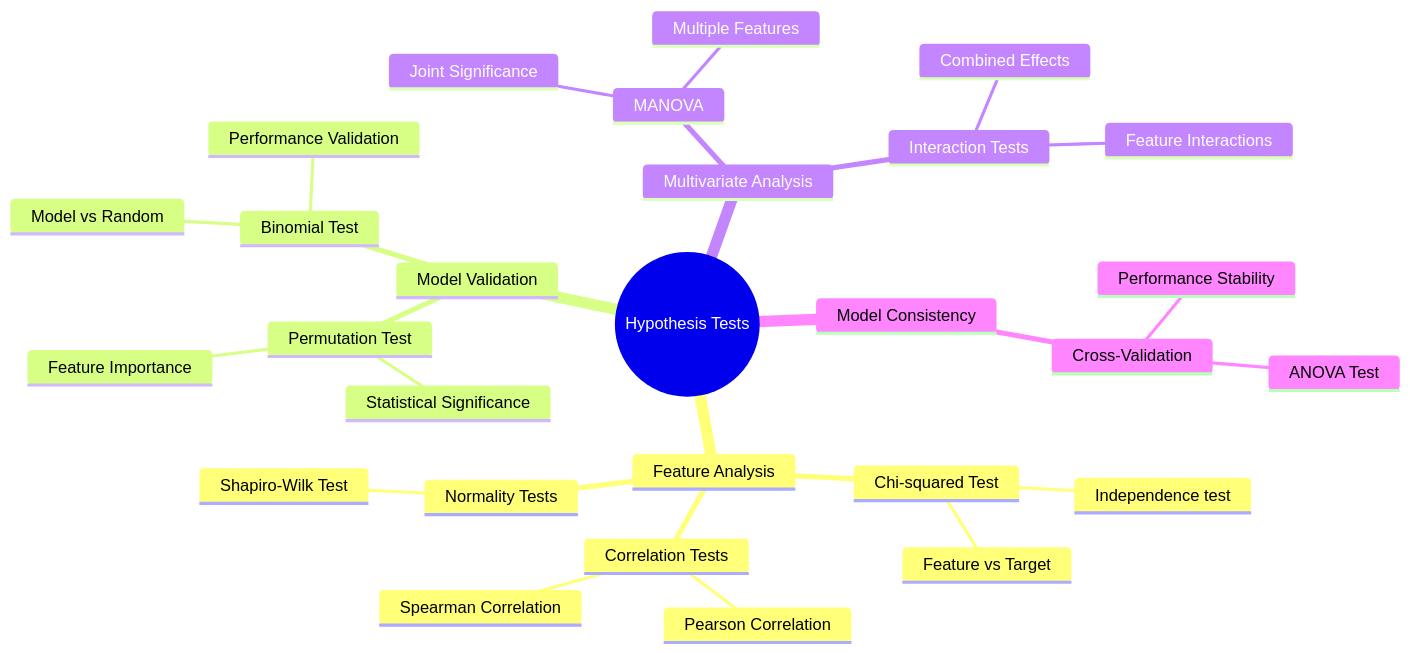
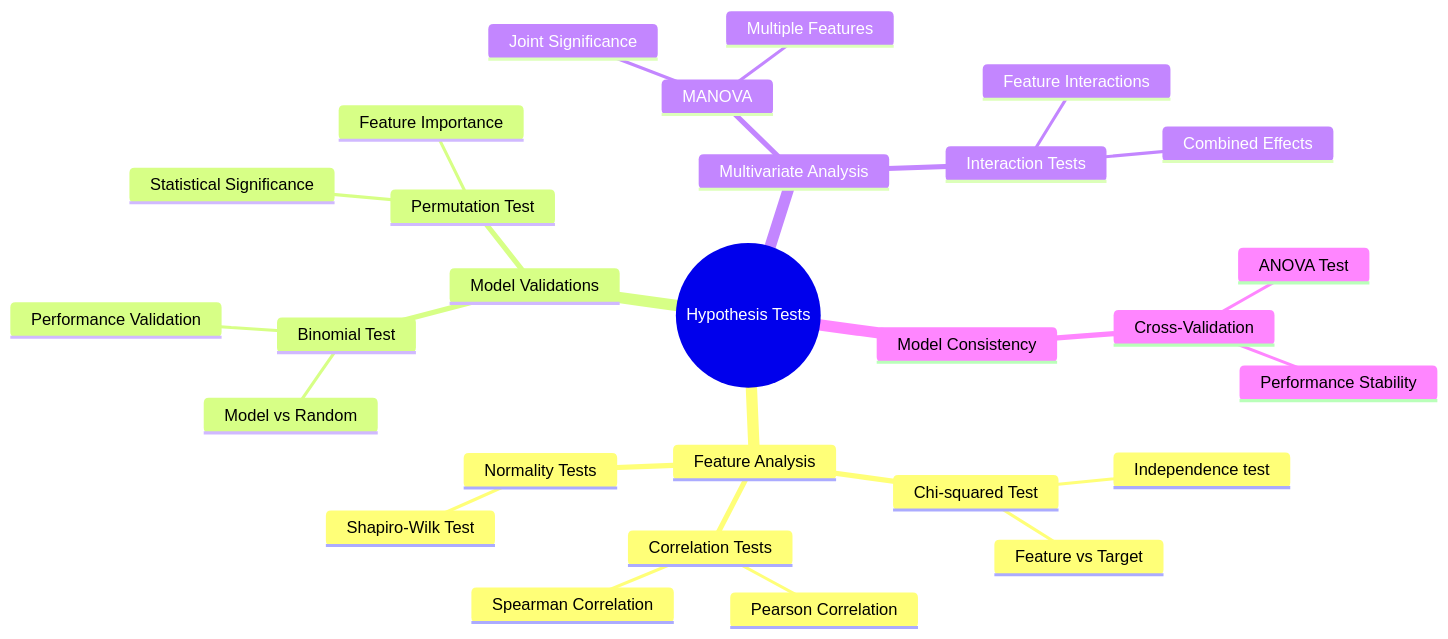
Before and after one commit to dhruvsh1997/Hypothesis-Testing-in-Machine-Learning: the second of 3 diagrams in README.MD, drawn with Mermaid.

````diff
--- a/README.MD
+++ b/README.MD
@@ -51,31 +51,31 @@
 ```mermaid
 mindmap
   root((Hypothesis Tests))
     Feature Analysis
       Chi-squared Test
         Independence test
         Feature vs Target
       Correlation Tests
         Pearson Correlation
         Spearman Correlation
       Normality Tests
         Shapiro-Wilk Test
-    Model Validation
+    Model Validations
       Binomial Test
         Model vs Random
         Performance Validation
       Permutation Test
         Feature Importance
         Statistical Significance
     Multivariate Analysis
       MANOVA
         Multiple Features
         Joint Significance
       Interaction Tests
         Feature Interactions
         Combined Effects
     Model Consistency
       Cross-Validation
         Performance Stability
         ANOVA Test
 ```
````
